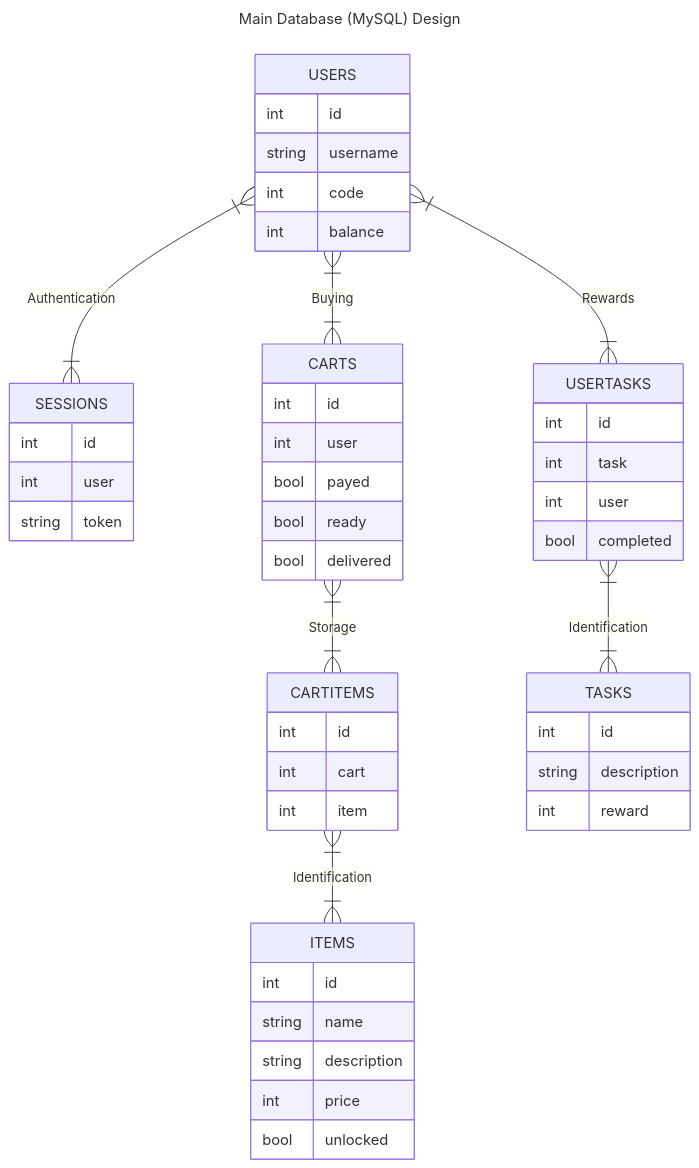
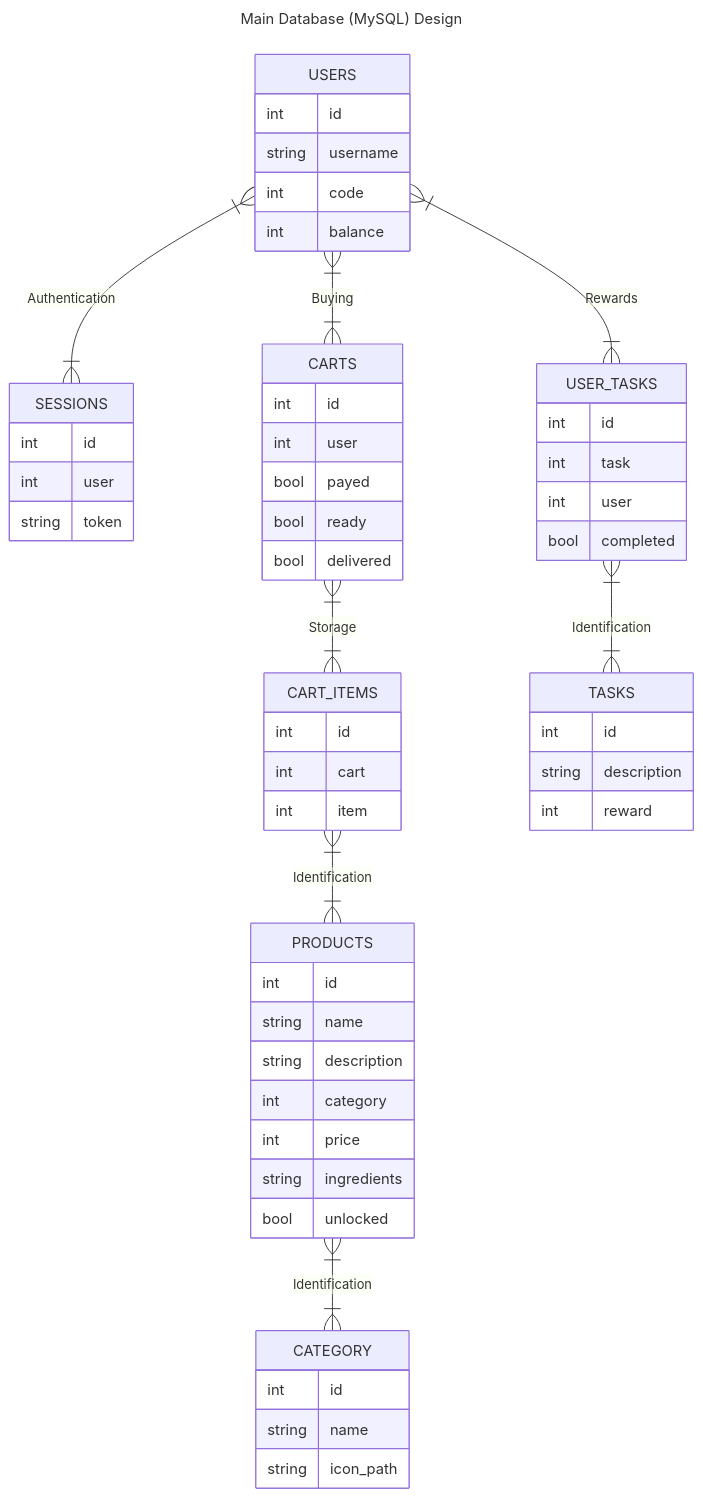
One commit to Sandj04/InebriatingZenith changed the diagram in design/database.md. Above: the diagram before and after it, drawn with Mermaid.

Commit message:
Fix database design

````diff
--- a/design/database.md
+++ b/design/database.md
@@ -5,59 +5,68 @@
 ```mermaid
 ---
 title: Main Database (MySQL) Design
 ---
 
 erDiagram
     USERS {
         int id
         string username
         int code
         int balance
     }
     SESSIONS {
         int id
         int user
         string token
     }
     USERS }|--|{ SESSIONS : Authentication
 
     CARTS {
         int id
         int user
         bool payed
         bool ready
         bool delivered
     }
     USERS }|--|{ CARTS : Buying
 
-    CARTITEMS {
+    CART_ITEMS {
         int id
         int cart
         int item
     }
-    CARTS }|--|{ CARTITEMS : Storage
+    CARTS }|--|{ CART_ITEMS : Storage
 
-    ITEMS {
+    PRODUCTS {
         int id
         string name
         string description
+        int category
         int price
+        string ingredients
         bool unlocked
     }
-    CARTITEMS }|--|{ ITEMS : Identification
+    CART_ITEMS }|--|{ PRODUCTS : Identification
 
-    USERTASKS {
+    CATEGORY {
+        int id
+        string name
+        string icon_path
+    }
+    PRODUCTS }|--|{ CATEGORY : Identification
+
+    USER_TASKS {
         int id
         int task
         int user
         bool completed
     }
-    USERS }|--|{ USERTASKS : Rewards
+    USERS }|--|{ USER_TASKS : Rewards
 
     TASKS {
         int id
         string description
         int reward
     }
-    USERTASKS }|--|{ TASKS : Identification
+    USER_TASKS }|--|{ TASKS : Identification
 ```
````
